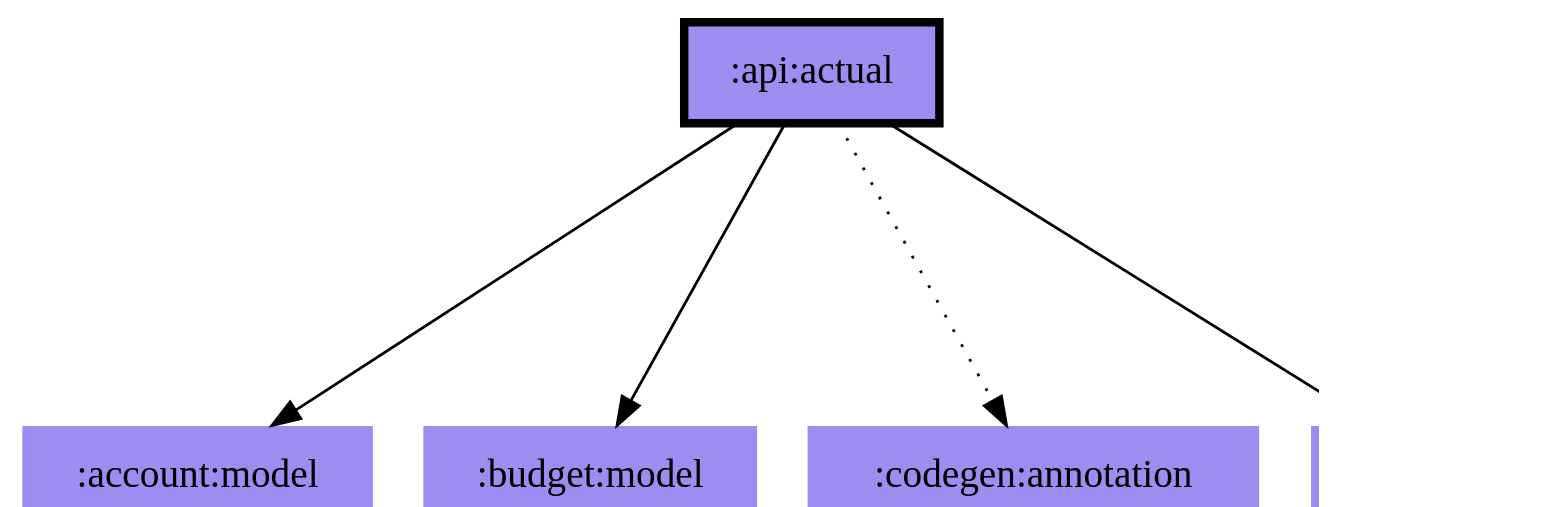
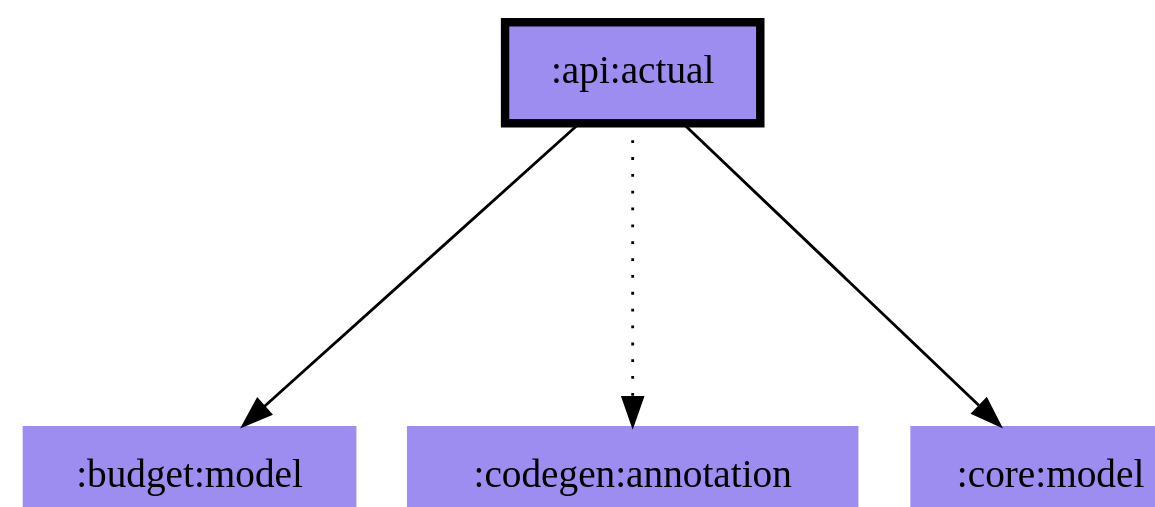
One commit to jonapoul/aktual changed the diagram in modules/api/actual/modules.dot. Above: the diagram before and after it, drawn with Graphviz. The commit also changed 41 other files, not shown here.

Commit message:
Diagrams

```diff
--- a/modules/api/actual/modules.dot
+++ b/modules/api/actual/modules.dot
@@ -1,14 +1,12 @@
 digraph {
 edge ["dir"="forward"]
 graph ["dpi"="100","fontsize"="30","ranksep"="1.5","rankdir"="TB"]
 node ["style"="filled"]
-":account:model" ["fillcolor"="#9D8DF1","shape"="none"]
 ":api:actual" ["fillcolor"="#9D8DF1","color"="black","penwidth"="3","shape"="box"]
 ":budget:model" ["fillcolor"="#9D8DF1","shape"="none"]
 ":codegen:annotation" ["fillcolor"="#9D8DF1","shape"="none"]
 ":core:model" ["fillcolor"="#9D8DF1","shape"="none"]
-":api:actual" -> ":account:model"
 ":api:actual" -> ":budget:model"
 ":api:actual" -> ":codegen:annotation" ["style"="dotted"]
 ":api:actual" -> ":core:model"
 }
```
